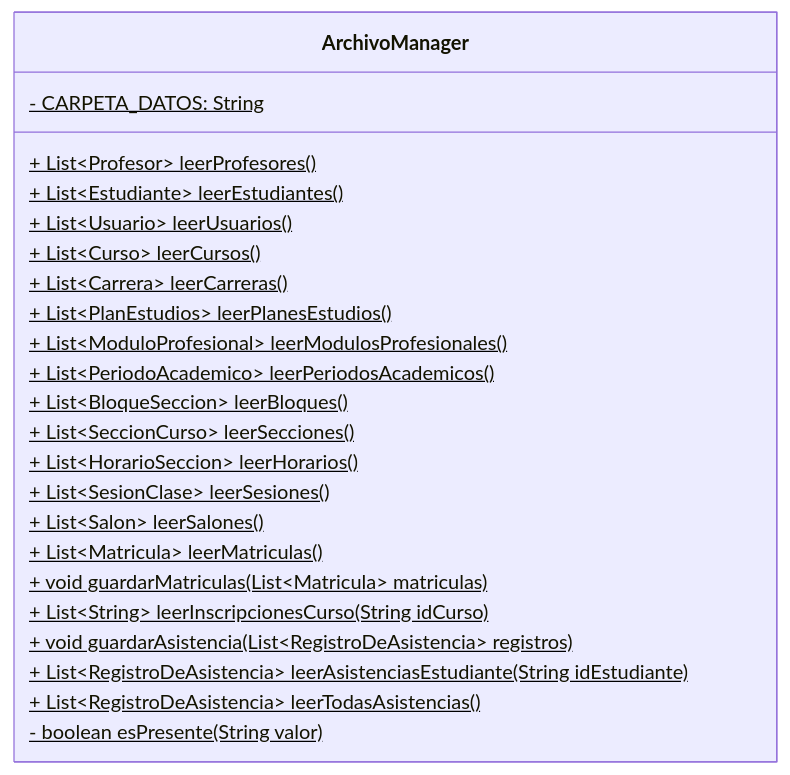
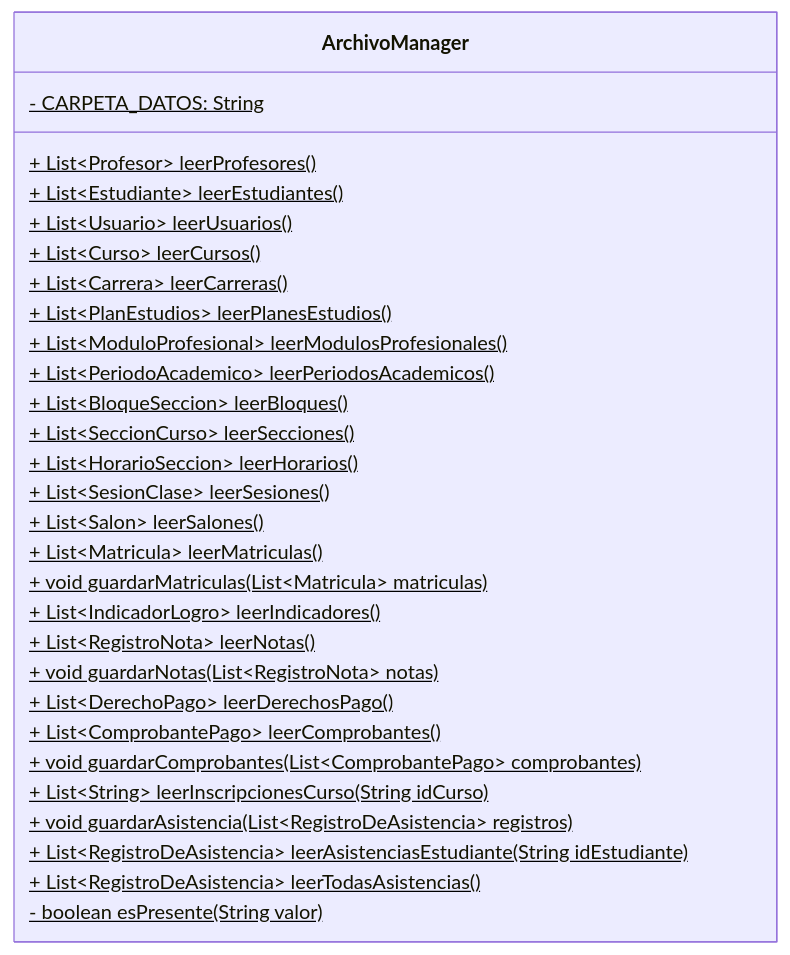
Before and after one commit to Aireck2/take-attendance-java: the diagram in docs/storage/ArchivoManager.mmd, drawn with Mermaid. The commit also changed 19 other files, not shown here.

```diff
--- a/docs/storage/ArchivoManager.mmd
+++ b/docs/storage/ArchivoManager.mmd
@@ -1,24 +1,30 @@
 classDiagram
     class ArchivoManager {
         - CARPETA_DATOS: String$
         + List~Profesor~ leerProfesores()$
         + List~Estudiante~ leerEstudiantes()$
         + List~Usuario~ leerUsuarios()$
         + List~Curso~ leerCursos()$
         + List~Carrera~ leerCarreras()$
         + List~PlanEstudios~ leerPlanesEstudios()$
         + List~ModuloProfesional~ leerModulosProfesionales()$
         + List~PeriodoAcademico~ leerPeriodosAcademicos()$
         + List~BloqueSeccion~ leerBloques()$
         + List~SeccionCurso~ leerSecciones()$
         + List~HorarioSeccion~ leerHorarios()$
         + List~SesionClase~ leerSesiones()$
         + List~Salon~ leerSalones()$
         + List~Matricula~ leerMatriculas()$
         + void guardarMatriculas(List~Matricula~ matriculas)$
+        + List~IndicadorLogro~ leerIndicadores()$
+        + List~RegistroNota~ leerNotas()$
+        + void guardarNotas(List~RegistroNota~ notas)$
+        + List~DerechoPago~ leerDerechosPago()$
+        + List~ComprobantePago~ leerComprobantes()$
+        + void guardarComprobantes(List~ComprobantePago~ comprobantes)$
         + List~String~ leerInscripcionesCurso(String idCurso)$
         + void guardarAsistencia(List~RegistroDeAsistencia~ registros)$
         + List~RegistroDeAsistencia~ leerAsistenciasEstudiante(String idEstudiante)$
         + List~RegistroDeAsistencia~ leerTodasAsistencias()$
         - boolean esPresente(String valor)$
     }
```
